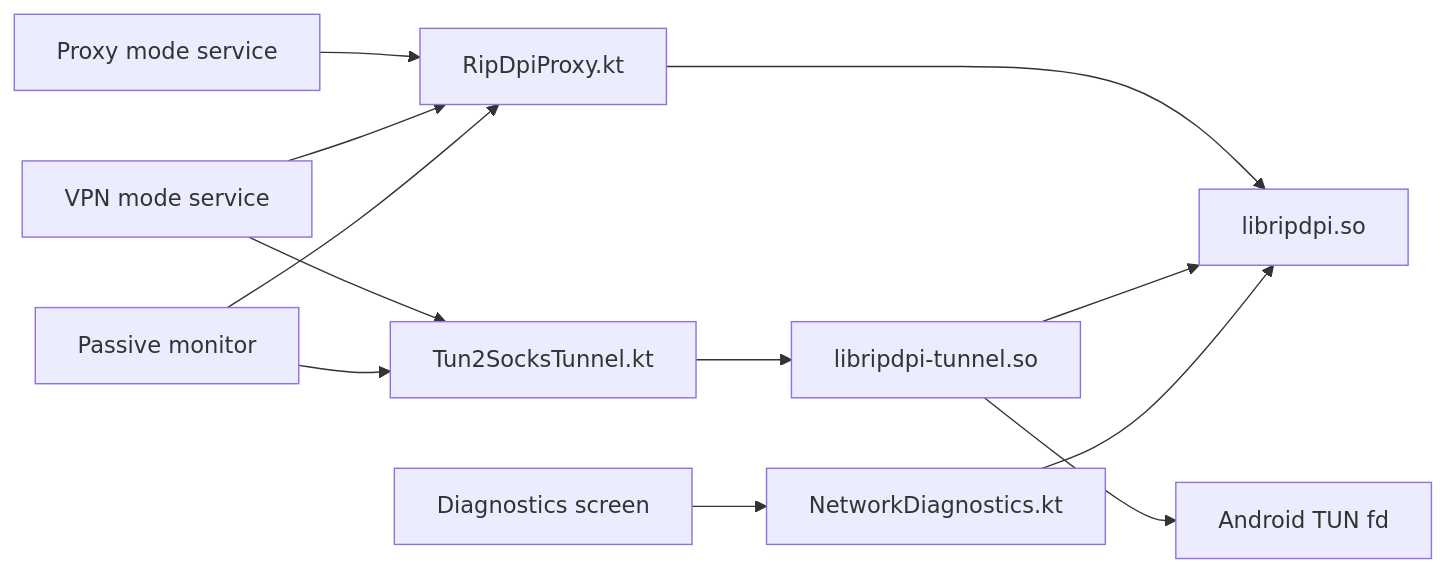
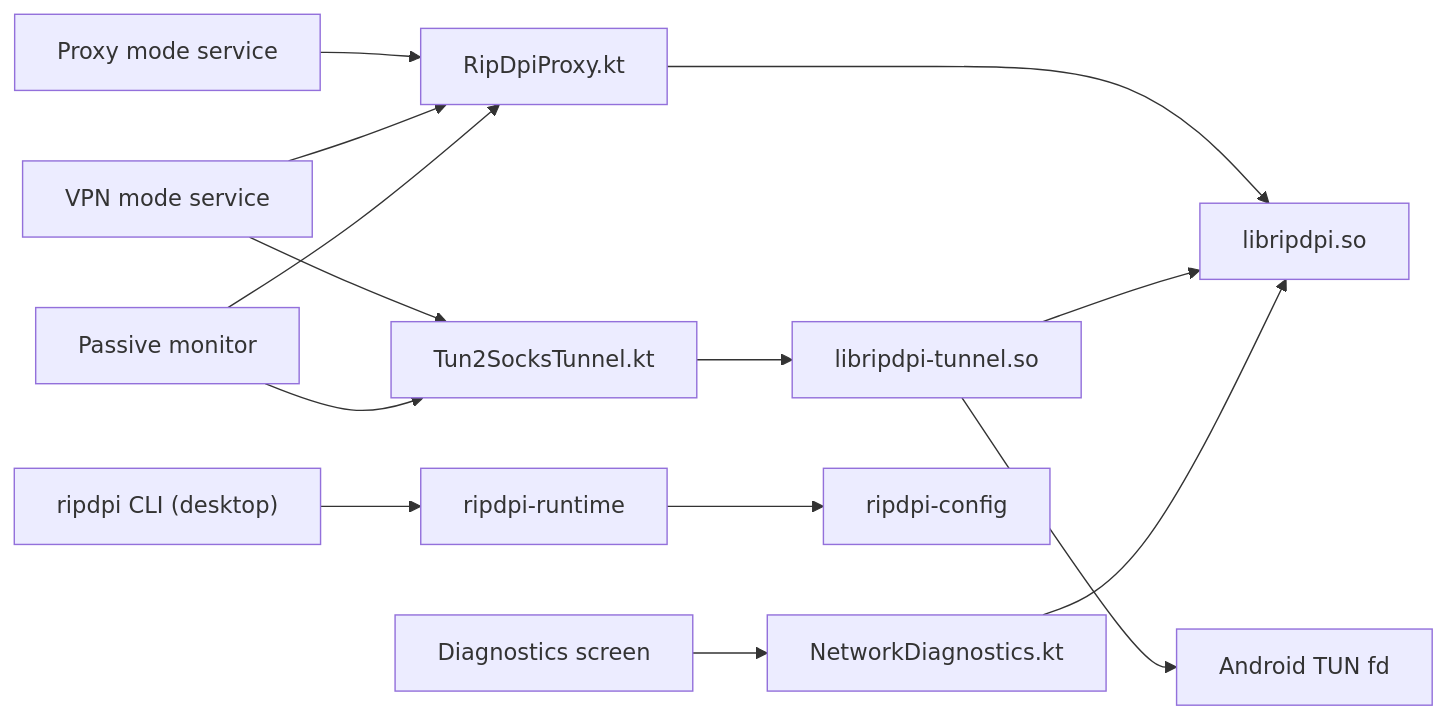
One commit to po4yka/RIPDPI changed the diagram in docs/native/README.md. Above: the diagram before and after it, drawn with Mermaid. The commit also changed other lines of this file and 2 other files, not shown here.

Commit message:
docs: add ripdpi-cli to project documentation
Document the desktop CLI binary in CLAUDE.md build commands and native
code rules, docs/native/README.md overview table and topology diagram,
and docs/native/proxy-engine.md call chain section.

````diff
--- a/docs/native/README.md
+++ b/docs/native/README.md
@@ -35,14 +36,16 @@
 ```mermaid
 flowchart LR
   A["Proxy mode service"] --> B["RipDpiProxy.kt"]
   C["VPN mode service"] --> B
   B --> D["libripdpi.so"]
   C --> E["Tun2SocksTunnel.kt"]
   E --> F["libripdpi-tunnel.so"]
   F --> G["Android TUN fd"]
   F --> D
   H["Diagnostics screen"] --> I["NetworkDiagnostics.kt"]
   I --> D
   J["Passive monitor"] --> B
   J --> E
+  K["ripdpi CLI (desktop)"] --> L["ripdpi-runtime"]
+  L --> M["ripdpi-config"]
 ```
````
